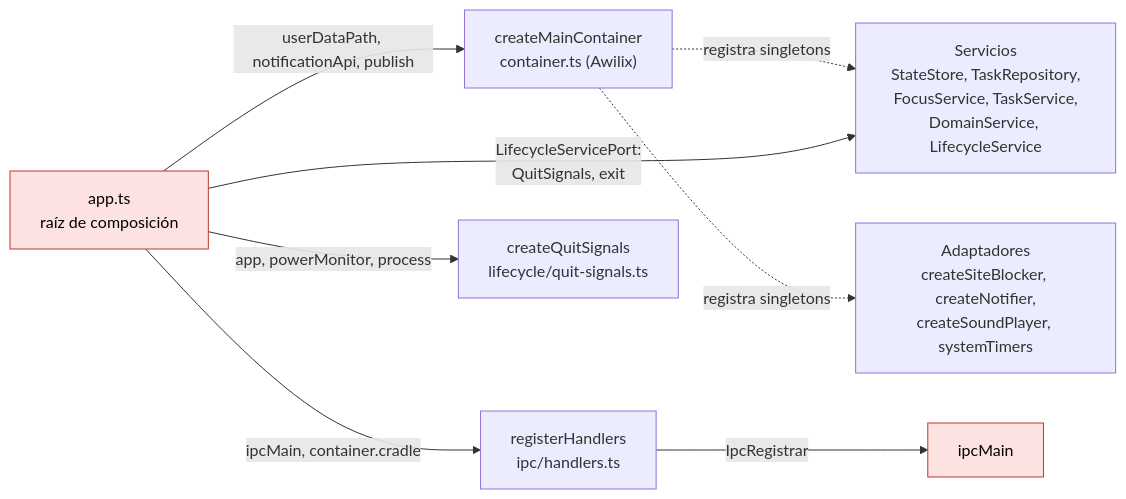
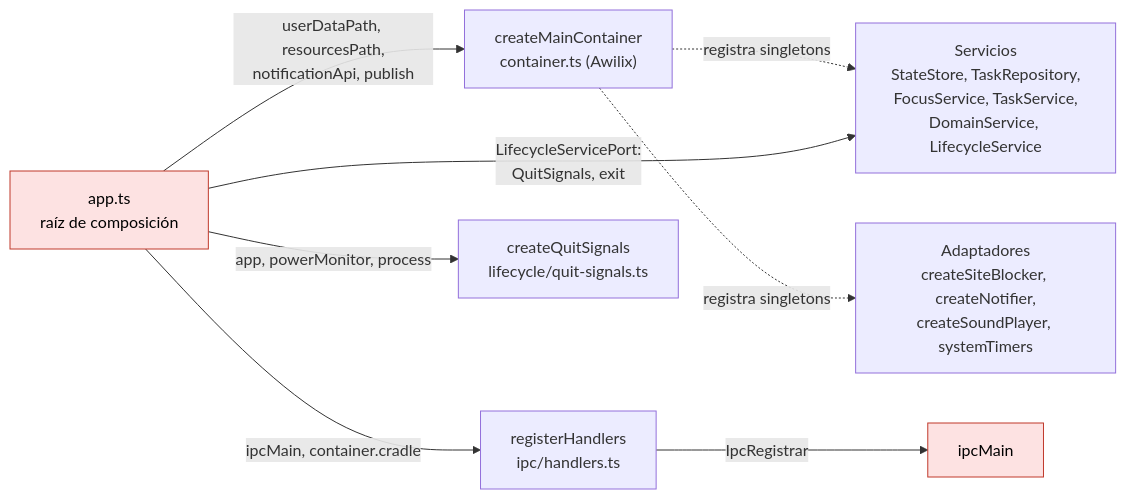
The second of 12 diagrams in docs/arquitectura.md (DevJuan95/ritmo), drawn with Mermaid before and after one commit. The commit also changed other lines of this file and 47 other files, not shown here.

````diff
--- a/docs/arquitectura.md
+++ b/docs/arquitectura.md
@@ -53,20 +53,20 @@
 ```mermaid
 flowchart LR
   app["app.ts<br/>raíz de composición"]:::electron
   container["createMainContainer<br/>container.ts (Awilix)"]
   servicios["Servicios<br/>StateStore, TaskRepository,<br/>FocusService, TaskService,<br/>DomainService, LifecycleService"]
   adaptadores["Adaptadores<br/>createSiteBlocker, createNotifier,<br/>createSoundPlayer, systemTimers"]
   ipc["registerHandlers<br/>ipc/handlers.ts"]
   quit["createQuitSignals<br/>lifecycle/quit-signals.ts"]
   ipcMain["ipcMain"]:::electron
 
-  app -- "userDataPath, notificationApi, publish" --> container
+  app -- "userDataPath, resourcesPath,<br/>notificationApi, publish" --> container
   container -. "registra singletons" .-> servicios
   container -. "registra singletons" .-> adaptadores
   app -- "ipcMain, container.cradle" --> ipc
   ipc -- "IpcRegistrar" --> ipcMain
   app -- "LifecycleServicePort:<br/>QuitSignals, exit" --> servicios
   app -- "app, powerMonitor, process" --> quit
 
   classDef electron fill:#fde2e2,stroke:#c0392b,color:#000
 ```
````
